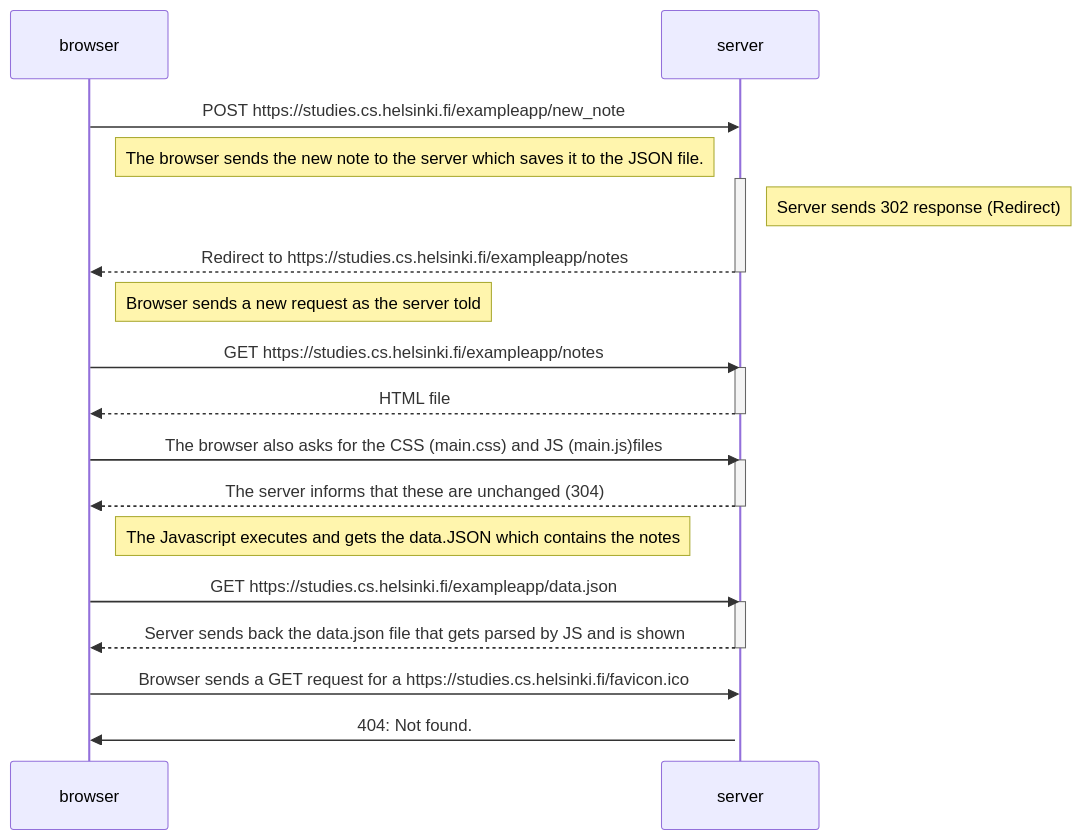
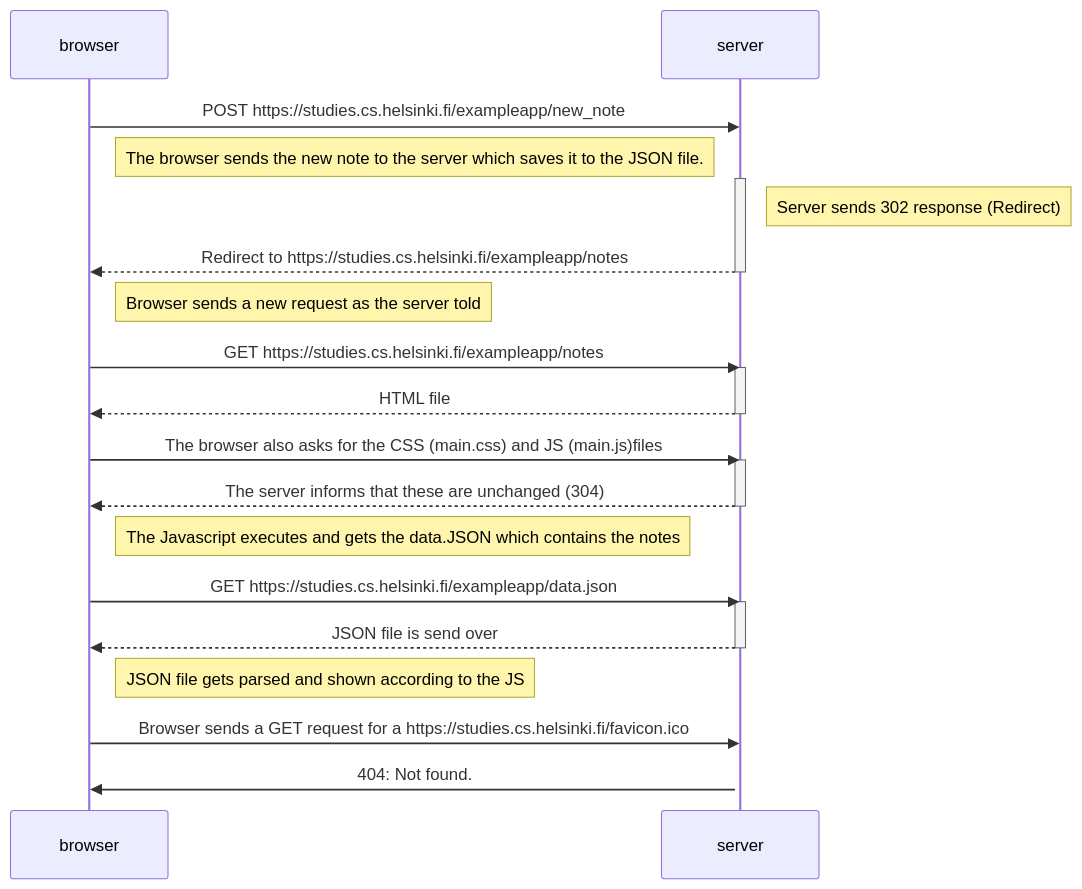
Before and after one commit to Ciluni/Fullstackopen24: the diagram in part0/0.4_diagramdone.md, drawn with Mermaid. The commit also changed 5 other files, not shown here.

````diff
--- a/part0/0.4_diagramdone.md
+++ b/part0/0.4_diagramdone.md
@@ -2,39 +2,41 @@
 ```mermaid
 sequenceDiagram
     participant browser
     participant server
 
     browser->>server: POST https://studies.cs.helsinki.fi/exampleapp/new_note
     Note right of browser: The browser sends the new note to the server which saves it to the JSON file.
     activate server
 
     Note right of server: Server sends 302 response (Redirect)
 
     server-->>browser: Redirect to https://studies.cs.helsinki.fi/exampleapp/notes
     deactivate server
 
     Note right of browser: Browser sends a new request as the server told
 
     browser->>server: GET https://studies.cs.helsinki.fi/exampleapp/notes
 
     activate server
     server-->>browser: HTML file
     deactivate server
 
     browser->>server: The browser also asks for the CSS (main.css) and JS (main.js)files
     activate server
     server-->>browser: The server informs that these are unchanged (304)
     deactivate server
 
     Note right of browser: The Javascript executes and gets the data.JSON which contains the notes
 
     browser->>server: GET https://studies.cs.helsinki.fi/exampleapp/data.json
     activate server
-    server-->>browser: Server sends back the data.json file that gets parsed by JS and is shown
+    server-->>browser: JSON file is send over
     deactivate server
+
+    Note right of browser: JSON file gets parsed and shown according to the JS
 
     browser->>server: Browser sends a GET request for a https://studies.cs.helsinki.fi/favicon.ico
     activate server
     server->>browser: 404: Not found.
 
 ```
````
